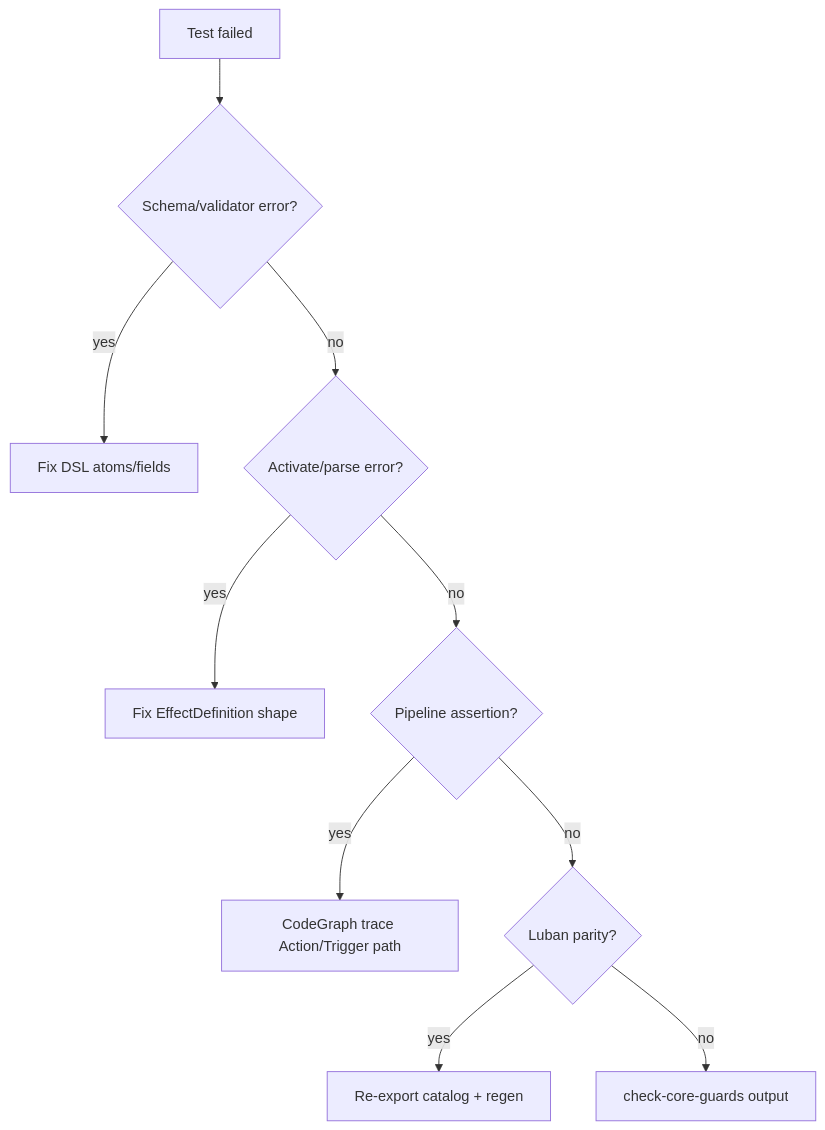
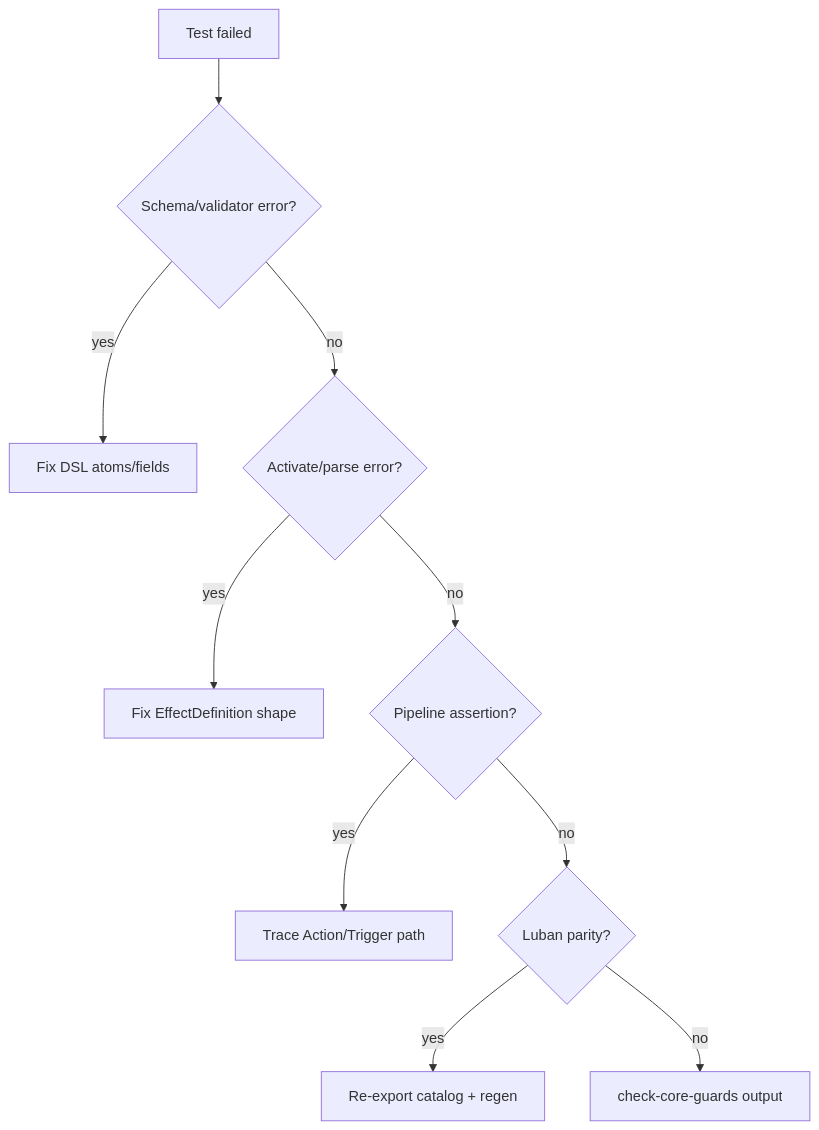
One commit to tja688/Ninegrid-Gambit changed the diagram in .cursor/skills/table-nine-effect-landing/references/verification-checklist.md. Above: the diagram before and after it, drawn with Mermaid. The commit also changed 41 other files, not shown here.

````diff
--- a/.cursor/skills/table-nine-effect-landing/references/verification-checklist.md
+++ b/.cursor/skills/table-nine-effect-landing/references/verification-checklist.md
@@ -73,12 +73,12 @@
 ```mermaid
 flowchart TD
     fail[Test failed] --> schema{Schema/validator error?}
     schema -->|yes| fixJson[Fix DSL atoms/fields]
     schema -->|no| activate{Activate/parse error?}
     activate -->|yes| fixDef[Fix EffectDefinition shape]
     activate -->|no| runtime{Pipeline assertion?}
-    runtime -->|yes| trace[CodeGraph trace Action/Trigger path]
+    runtime -->|yes| trace[Trace Action/Trigger path]
     runtime -->|no| luban{Luban parity?}
     luban -->|yes| reexport[Re-export catalog + regen]
     luban -->|no| guards[check-core-guards output]
 ```
````
